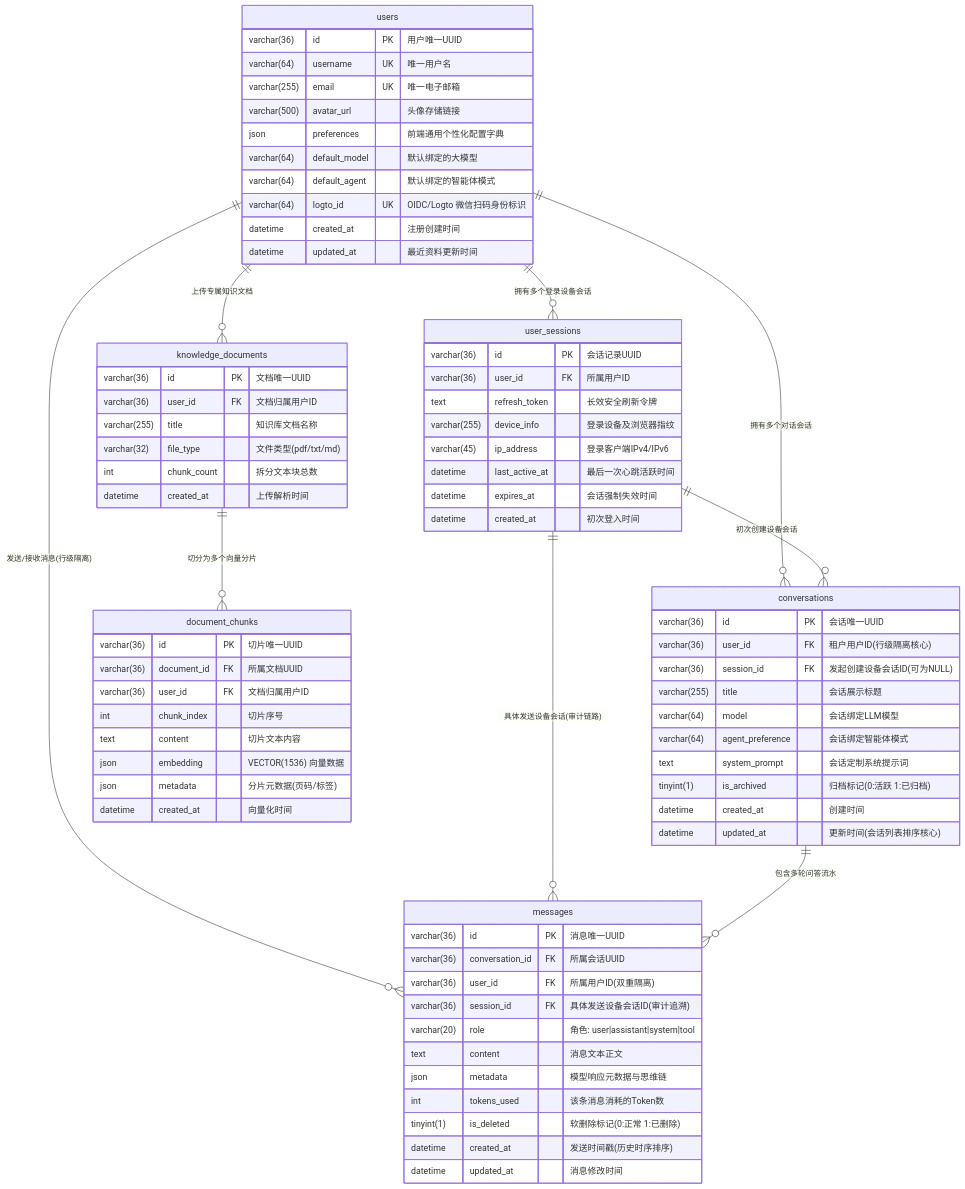
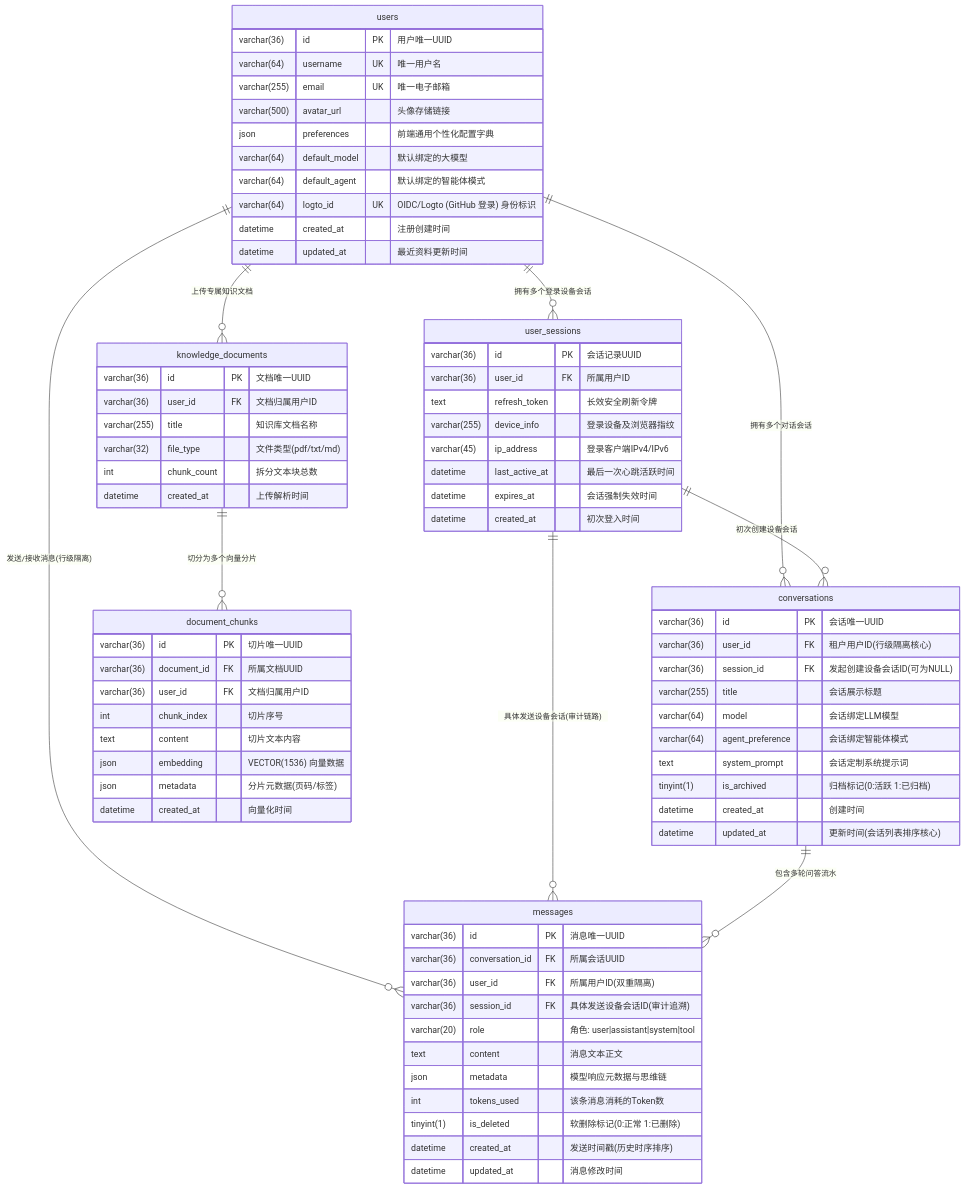
The diagram in docs/database-schema-design.md (nvd11/astra), drawn with Mermaid before and after one commit. The commit also changed other lines of this file and 2 other files, not shown here.

Commit message:
docs: align SSO specification with Logto + GitHub OAuth login standard

````diff
--- a/docs/database-schema-design.md
+++ b/docs/database-schema-design.md
@@ -35,82 +35,82 @@
 ```mermaid
 erDiagram
     users ||--o{ user_sessions : "拥有多个登录设备会话"
     users ||--o{ conversations : "拥有多个对话会话"
     users ||--o{ messages : "发送/接收消息(行级隔离)"
     users ||--o{ knowledge_documents : "上传专属知识文档"
     user_sessions ||--o{ conversations : "初次创建设备会话"
     user_sessions ||--o{ messages : "具体发送设备会话(审计链路)"
     conversations ||--o{ messages : "包含多轮问答流水"
     knowledge_documents ||--o{ document_chunks : "切分为多个向量分片"
 
     users {
         varchar(36) id PK "用户唯一UUID"
         varchar(64) username UK "唯一用户名"
         varchar(255) email UK "唯一电子邮箱"
         varchar(500) avatar_url "头像存储链接"
         json preferences "前端通用个性化配置字典"
         varchar(64) default_model "默认绑定的大模型"
         varchar(64) default_agent "默认绑定的智能体模式"
-        varchar(64) logto_id UK "OIDC/Logto 微信扫码身份标识"
+        varchar(64) logto_id UK "OIDC/Logto (GitHub 登录) 身份标识"
         datetime created_at "注册创建时间"
         datetime updated_at "最近资料更新时间"
     }
 
     user_sessions {
         varchar(36) id PK "会话记录UUID"
         varchar(36) user_id FK "所属用户ID"
         text refresh_token "长效安全刷新令牌"
         varchar(255) device_info "登录设备及浏览器指纹"
         varchar(45) ip_address "登录客户端IPv4/IPv6"
         datetime last_active_at "最后一次心跳活跃时间"
         datetime expires_at "会话强制失效时间"
         datetime created_at "初次登入时间"
     }
 
     conversations {
         varchar(36) id PK "会话唯一UUID"
         varchar(36) user_id FK "租户用户ID(行级隔离核心)"
         varchar(36) session_id FK "发起创建设备会话ID(可为NULL)"
         varchar(255) title "会话展示标题"
         varchar(64) model "会话绑定LLM模型"
         varchar(64) agent_preference "会话绑定智能体模式"
         text system_prompt "会话定制系统提示词"
         tinyint(1) is_archived "归档标记(0:活跃 1:已归档)"
         datetime created_at "创建时间"
         datetime updated_at "更新时间(会话列表排序核心)"
     }
 
     messages {
         varchar(36) id PK "消息唯一UUID"
         varchar(36) conversation_id FK "所属会话UUID"
         varchar(36) user_id FK "所属用户ID(双重隔离)"
         varchar(36) session_id FK "具体发送设备会话ID(审计追溯)"
         varchar(20) role "角色: user|assistant|system|tool"
         text content "消息文本正文"
         json metadata "模型响应元数据与思维链"
         int tokens_used "该条消息消耗的Token数"
         tinyint(1) is_deleted "软删除标记(0:正常 1:已删除)"
         datetime created_at "发送时间戳(历史时序排序)"
         datetime updated_at "消息修改时间"
     }
 
     knowledge_documents {
         varchar(36) id PK "文档唯一UUID"
         varchar(36) user_id FK "文档归属用户ID"
         varchar(255) title "知识库文档名称"
         varchar(32) file_type "文件类型(pdf/txt/md)"
         int chunk_count "拆分文本块总数"
         datetime created_at "上传解析时间"
     }
 
     document_chunks {
         varchar(36) id PK "切片唯一UUID"
         varchar(36) document_id FK "所属文档UUID"
         varchar(36) user_id FK "文档归属用户ID"
         int chunk_index "切片序号"
         text content "切片文本内容"
         json embedding "VECTOR(1536) 向量数据"
         json metadata "分片元数据(页码/标签)"
         datetime created_at "向量化时间"
     }
 ```
````
